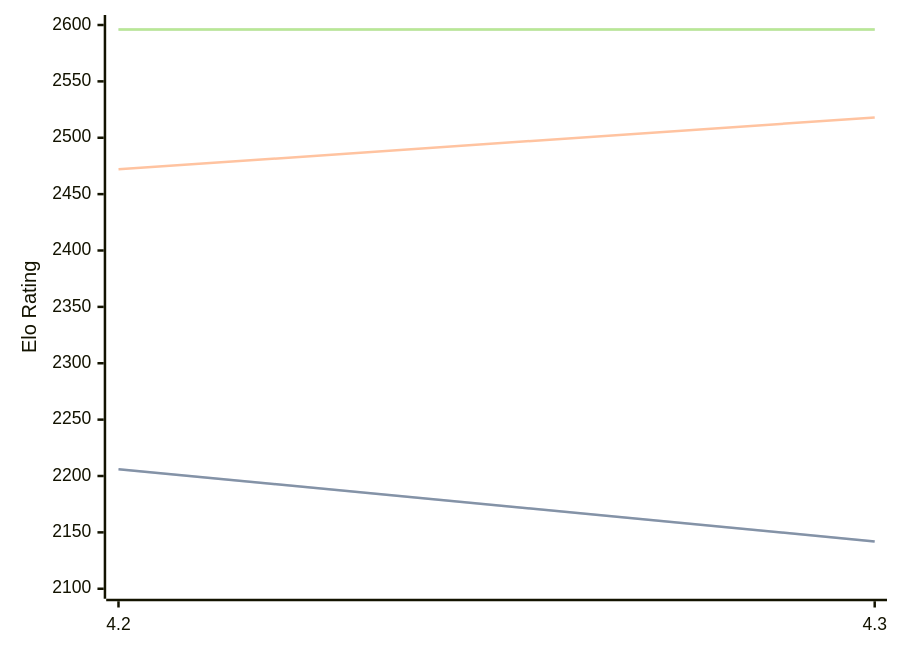
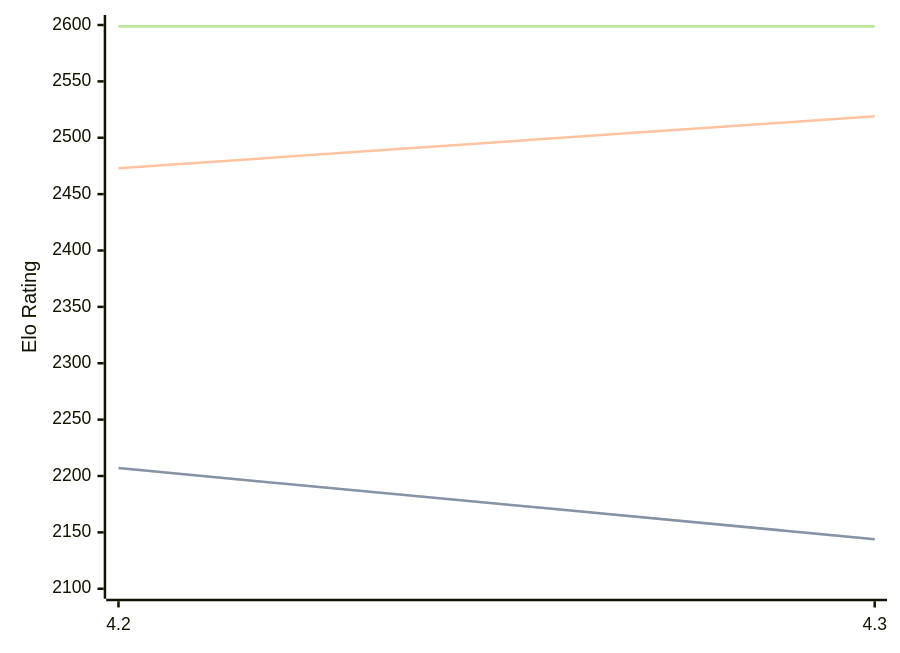
Before and after one commit to computer-chess-index/cci: the diagram in engines/Eubos.md, drawn with Mermaid. The commit also changed other lines of this file, not shown here.

Commit message:
Update CCI Ratings (ELO VLTC) - 2026-02-21

````diff
--- a/engines/Eubos.md
+++ b/engines/Eubos.md
@@ -85,11 +85,11 @@
 ```mermaid
 %%{init: {"theme":"base","themeVariables":{"seriesColors:['#a3a3a3','#222221','#faa371']}}}%%
 xychart-beta
   x-axis ["4.2", "4.3"]
   y-axis "Elo Rating" 2100 --> 2600
-  line "STC (8.0+0.08s)" [2206, 2142]
-  line "STC (8.0+0.08s)" [2206, 2142]
-  line "LTC (60.0+0.60s)" [2472, 2518]
-  line "VLTC (2m24s+1.12s)" [2596, 2596]
-  line "VLTC (2m24s+1.12s)" [2596, 2596]
+  line "STC (8.0+0.08s)" [2207, 2144]
+  line "STC (8.0+0.08s)" [2207, 2144]
+  line "LTC (60.0+0.60s)" [2473, 2519]
+  line "VLTC (2m24s+1.12s)" [2599, 2599]
+  line "VLTC (2m24s+1.12s)" [2599, 2599]
 ```
````
